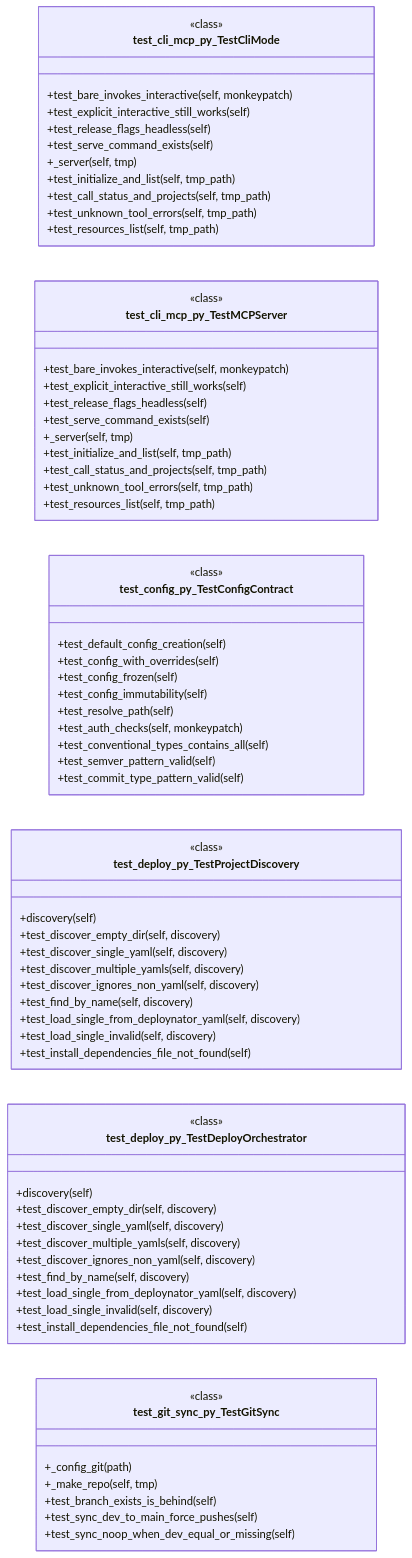
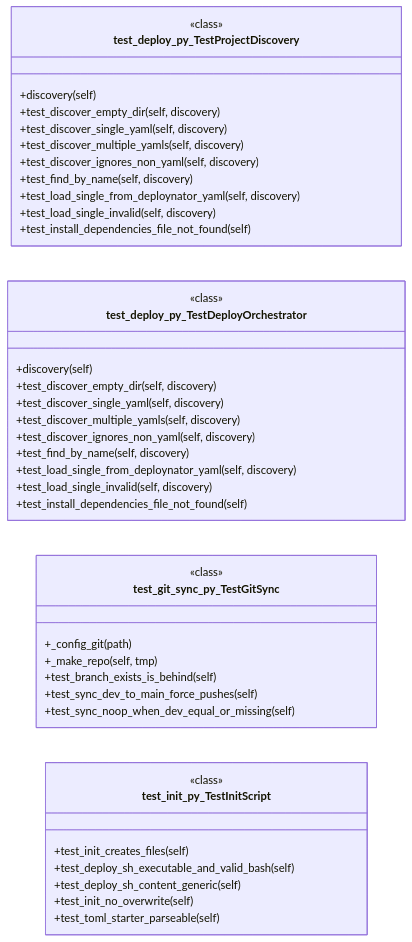
Before and after one commit to grisuno/deploynator: diagram 18 of 20 in KNOWLEDGE_BASE.md, drawn with Mermaid. The commit also changed other lines of this file and 120 other files, not shown here.

First line of the commit message:
test(module): testing makeing automated deb package with deploy

````diff
--- a/KNOWLEDGE_BASE.md
+++ b/KNOWLEDGE_BASE.md
@@ -1778,72 +1915,44 @@
 ```mermaid
 classDiagram
   direction LR
-  class test_cli_mcp_py_TestCliMode {
-    <<class>>
-    +test_bare_invokes_interactive(self, monkeypatch)
-    +test_explicit_interactive_still_works(self)
-    +test_release_flags_headless(self)
-    +test_serve_command_exists(self)
-    +_server(self, tmp)
-    +test_initialize_and_list(self, tmp_path)
-    +test_call_status_and_projects(self, tmp_path)
-    +test_unknown_tool_errors(self, tmp_path)
-    +test_resources_list(self, tmp_path)
-  }
-  class test_cli_mcp_py_TestMCPServer {
-    <<class>>
-    +test_bare_invokes_interactive(self, monkeypatch)
-    +test_explicit_interactive_still_works(self)
-    +test_release_flags_headless(self)
-    +test_serve_command_exists(self)
-    +_server(self, tmp)
-    +test_initialize_and_list(self, tmp_path)
-    +test_call_status_and_projects(self, tmp_path)
-    +test_unknown_tool_errors(self, tmp_path)
-    +test_resources_list(self, tmp_path)
-  }
-  class test_config_py_TestConfigContract {
-    <<class>>
-    +test_default_config_creation(self)
-    +test_config_with_overrides(self)
-    +test_config_frozen(self)
-    +test_config_immutability(self)
-    +test_resolve_path(self)
-    +test_auth_checks(self, monkeypatch)
-    +test_conventional_types_contains_all(self)
-    +test_semver_pattern_valid(self)
-    +test_commit_type_pattern_valid(self)
-  }
   class test_deploy_py_TestProjectDiscovery {
     <<class>>
     +discovery(self)
     +test_discover_empty_dir(self, discovery)
     +test_discover_single_yaml(self, discovery)
     +test_discover_multiple_yamls(self, discovery)
     +test_discover_ignores_non_yaml(self, discovery)
     +test_find_by_name(self, discovery)
     +test_load_single_from_deploynator_yaml(self, discovery)
     +test_load_single_invalid(self, discovery)
     +test_install_dependencies_file_not_found(self)
   }
   class test_deploy_py_TestDeployOrchestrator {
     <<class>>
     +discovery(self)
     +test_discover_empty_dir(self, discovery)
     +test_discover_single_yaml(self, discovery)
     +test_discover_multiple_yamls(self, discovery)
     +test_discover_ignores_non_yaml(self, discovery)
     +test_find_by_name(self, discovery)
     +test_load_single_from_deploynator_yaml(self, discovery)
     +test_load_single_invalid(self, discovery)
     +test_install_dependencies_file_not_found(self)
   }
   class test_git_sync_py_TestGitSync {
     <<class>>
     +_config_git(path)
     +_make_repo(self, tmp)
     +test_branch_exists_is_behind(self)
     +test_sync_dev_to_main_force_pushes(self)
     +test_sync_noop_when_dev_equal_or_missing(self)
   }
+  class test_init_py_TestInitScript {
+    <<class>>
+    +test_init_creates_files(self)
+    +test_deploy_sh_executable_and_valid_bash(self)
+    +test_deploy_sh_content_generic(self)
+    +test_init_no_overwrite(self)
+    +test_toml_starter_parseable(self)
+  }
 ```
````
